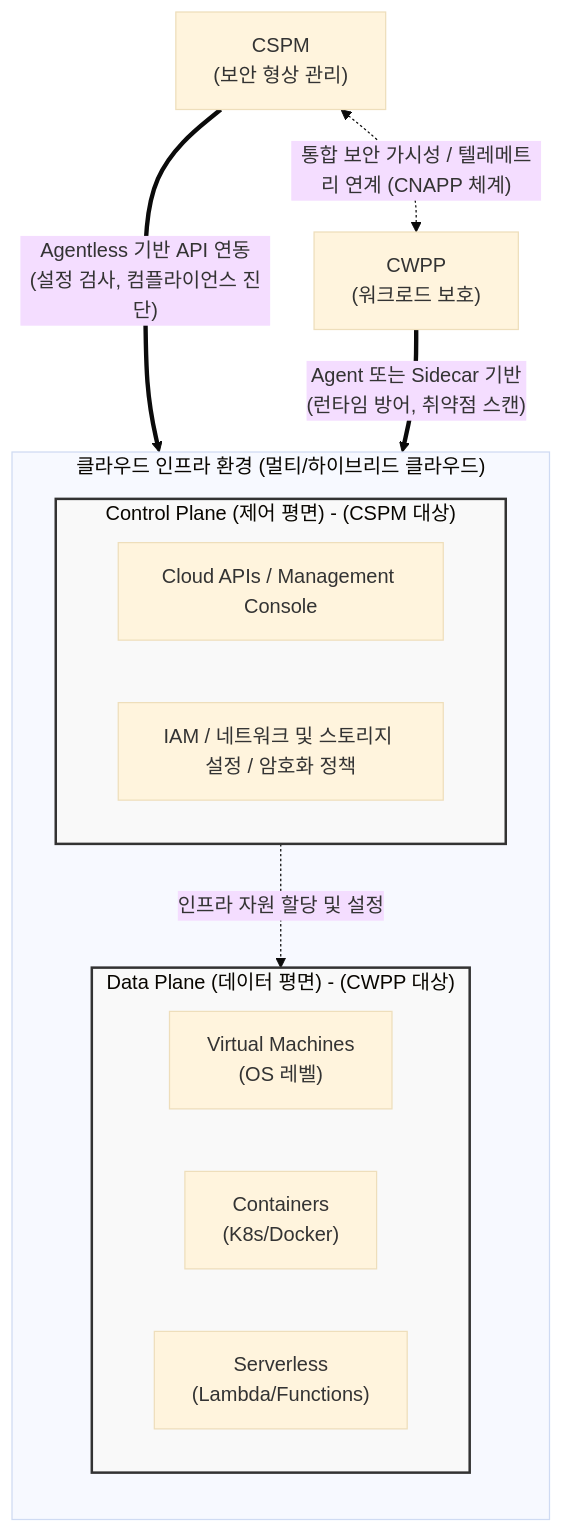
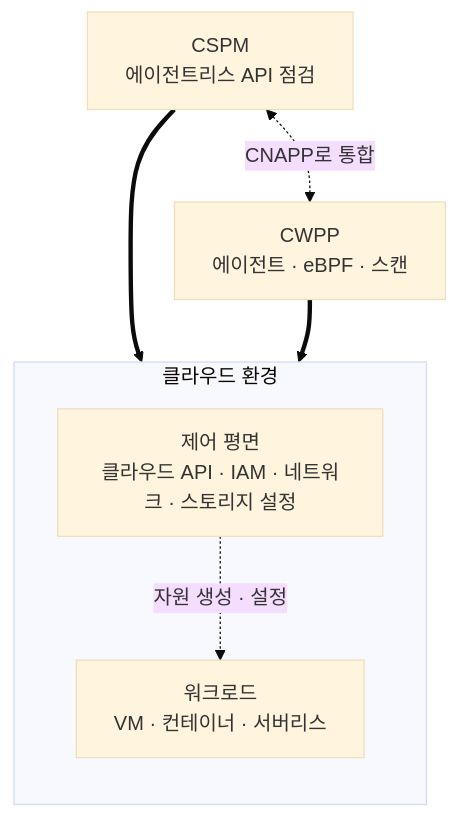
One commit to supremethumb/supremethumb.github.io changed the diagram in content/01_IT Tech/CWPP & CSPM.md. Above: the diagram before and after it, drawn with Mermaid (base theme). The commit also changed other lines of this file and 1087 other files, not shown here.

````diff
--- a/content/01_IT Tech/CWPP & CSPM.md
+++ b/content/01_IT Tech/CWPP & CSPM.md
@@ -33,33 +38,12 @@
 ```mermaid
-flowchart TD
-    subgraph Cloud_Environment ["클라우드 인프라 환경 (멀티/하이브리드 클라우드)"]
+flowchart TB
+    subgraph CLOUD["클라우드 환경"]
         direction TB
-        
-        subgraph Control_Plane ["Control Plane (제어 평면) - (CSPM 대상)"]
-            Cloud_API["Cloud APIs / Management Console"]
-            IAM["IAM / 네트워크 및 스토리지 설정 / 암호화 정책"]
-        end
-        
-        subgraph Data_Plane ["Data Plane (데이터 평면) - (CWPP 대상)"]
-            direction LR
-            VM["Virtual Machines<br/>(OS 레벨)"]
-            Container["Containers<br/>(K8s/Docker)"]
-            Serverless["Serverless<br/>(Lambda/Functions)"]
-        end
-        
-        Control_Plane -. "인프라 자원 할당 및 설정" .-> Data_Plane
+        CP["제어 평면<br/>클라우드 API · IAM · 네트워크 · 스토리지 설정"]
+        DP["워크로드<br/>VM · 컨테이너 · 서버리스"]
+        CP -.->|"자원 생성 · 설정"| DP
     end
-
-    CSPM["CSPM<br/>(보안 형상 관리)"]
-    CWPP["CWPP<br/>(워크로드 보호)"]
-
-    CSPM == "Agentless 기반 API 연동<br/>(설정 검사, 컴플라이언스 진단)" ==> Control_Plane
-    CWPP == "Agent 또는 Sidecar 기반<br/>(런타임 방어, 취약점 스캔)" ==> Data_Plane
-    
-    CSPM <-. "통합 보안 가시성 / 텔레메트리 연계 (CNAPP 체계)" .-> CWPP
-    
-    classDef major fill:#f9f9f9,stroke:#333,stroke-width:2px;
-    class Control_Plane,Data_Plane major;
-
-
+    CSPM["CSPM<br/>에이전트리스 API 점검"] ==> CP
+    CWPP["CWPP<br/>에이전트 · eBPF · 스캔"] ==> DP
+    CSPM <-.->|"CNAPP로 통합"| CWPP
 ```
````
